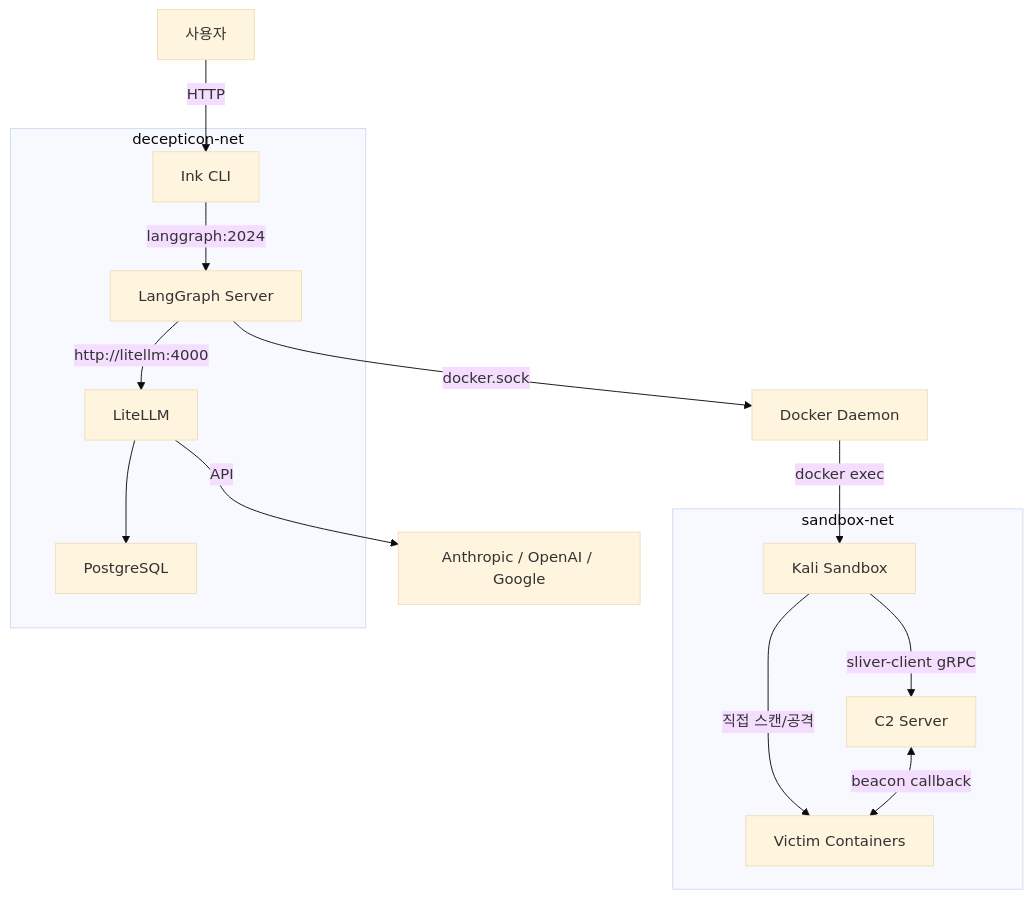
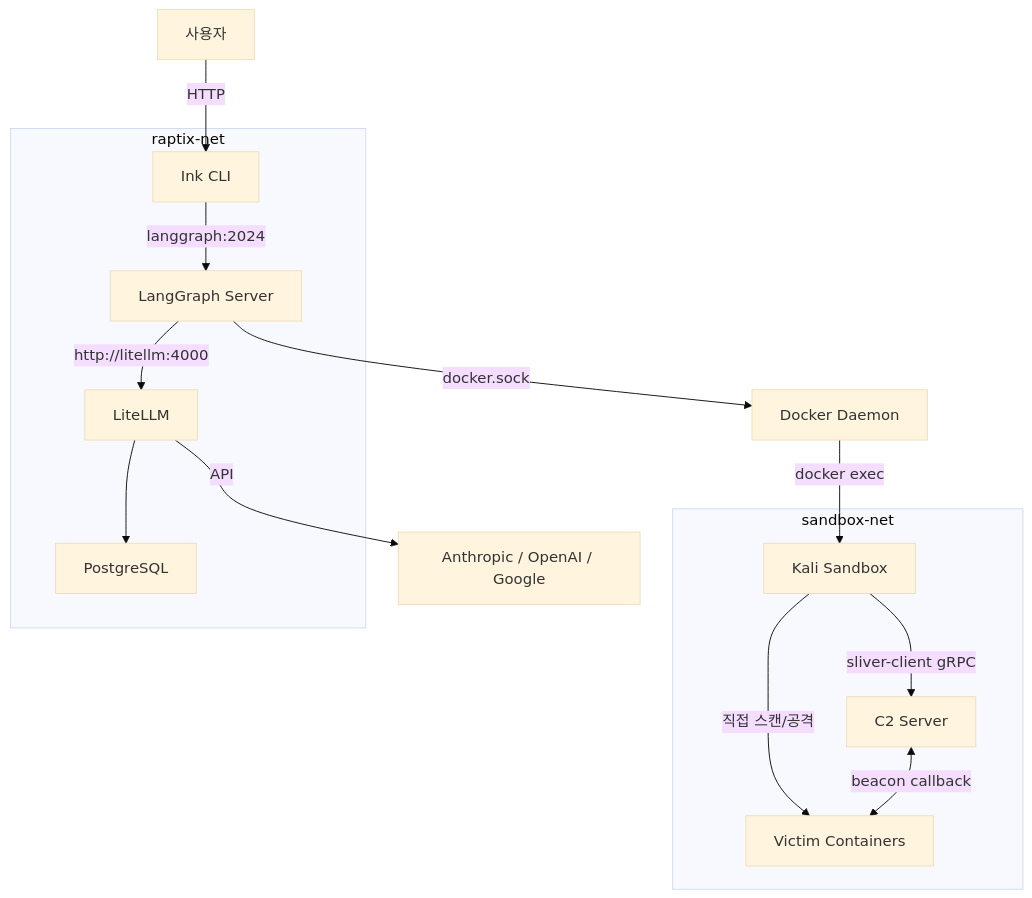
One commit to Akapi895/raptix changed the ninth of 12 diagrams in docs/architecture/red-team-infrastructure.md. Above: the diagram before and after it, drawn with Mermaid (base theme). The commit also changed other lines of this file and 211 other files, not shown here.

````diff
--- a/docs/architecture/red-team-infrastructure.md
+++ b/docs/architecture/red-team-infrastructure.md
@@ -456,28 +456,28 @@
 ```mermaid
 flowchart TB
     USER["사용자"] -->|HTTP| CLI["Ink CLI"]
     CLI -->|langgraph:2024| LG["LangGraph Server"]
     LG -->|http://litellm:4000| LITELLM["LiteLLM"]
     LITELLM -->|API| PROVIDERS["Anthropic / OpenAI / Google"]
     LITELLM --> PG["PostgreSQL"]
 
     LG -->|docker.sock| DOCKER["Docker Daemon"]
     DOCKER -->|docker exec| KALI["Kali Sandbox"]
 
     KALI -->|직접 스캔/공격| TARGET["Victim Containers"]
     KALI -->|sliver-client gRPC| C2["C2 Server"]
     C2 <-->|beacon callback| TARGET
 
     subgraph sandbox-net
         KALI
         C2
         TARGET
     end
 
-    subgraph decepticon-net
+    subgraph raptix-net
         CLI
         LG
         LITELLM
         PG
     end
 ```
````
